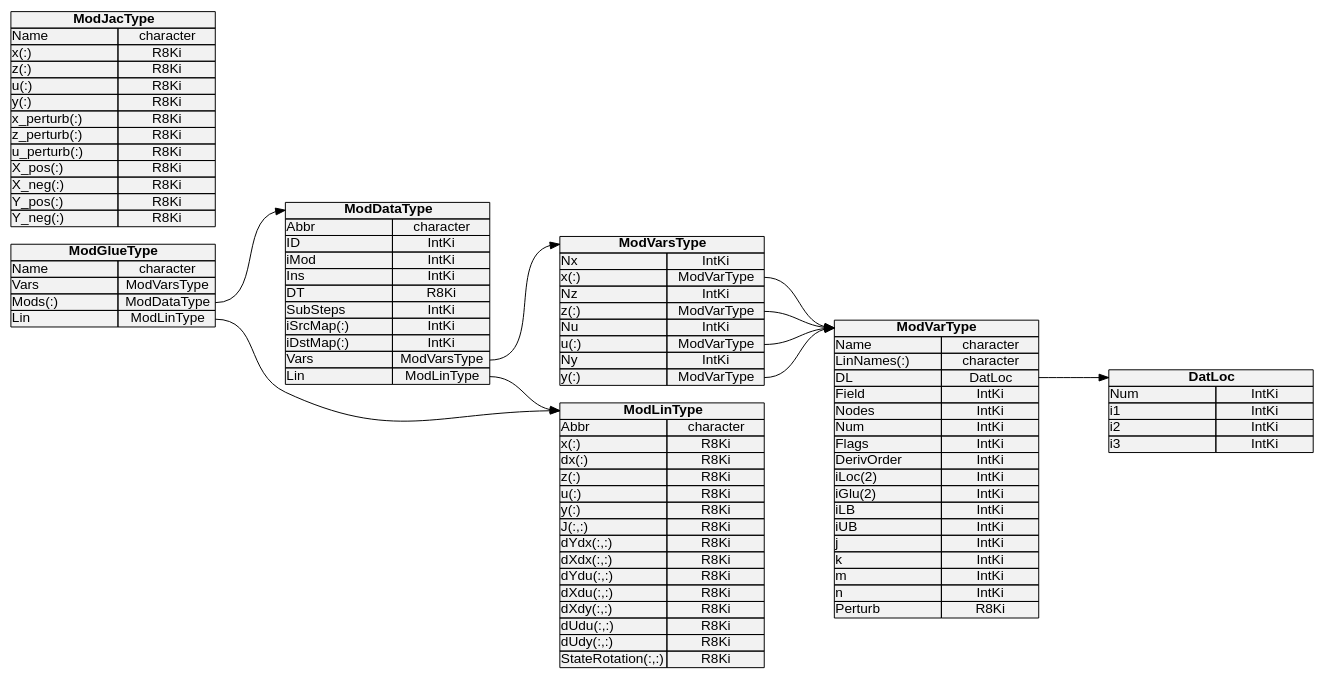
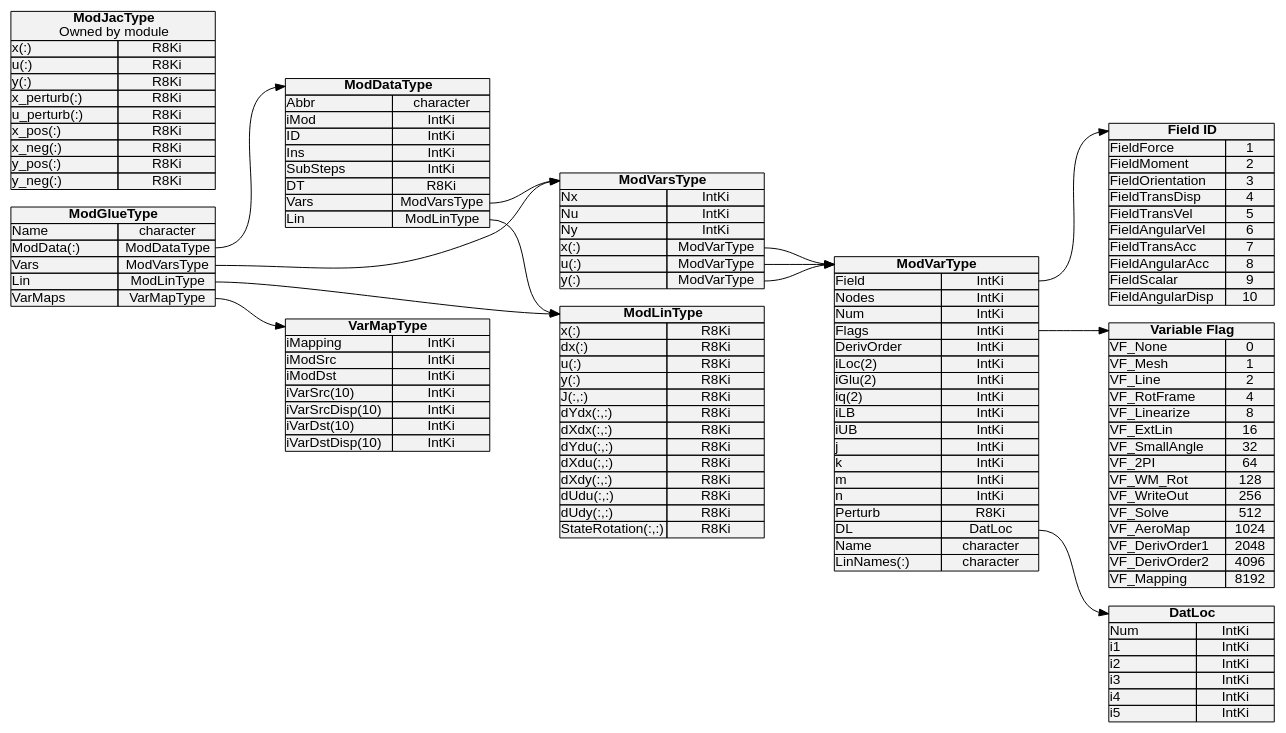
Before and after one commit to OpenFAST/openfast: the diagram in docs/source/user/glue/modvar.dot, drawn with Graphviz. The commit also changed 44 other files, not shown here.

Commit message:
Remove constraint states from ModVar system

```diff
--- a/docs/source/user/glue/modvar.dot
+++ b/docs/source/user/glue/modvar.dot
@@ -1,121 +1,166 @@
-digraph UML_Class_diagram {
-    graph [fontname = "Helvetica,Arial,sans-serif"; rankdir = LR; ranksep = 1]
-    node [fontname = "Helvetica,Arial,sans-serif"; shape = record; style = filled; fillcolor = gray95]
-    edge [fontname = "Helvetica,Arial,sans-serif"]
+digraph ModVarDiagram {
+    graph [fontname = "Helvetica,Arial,sans-serif"; rankdir = LR; ranksep = 1;];
+    node [fontname = "Helvetica,Arial,sans-serif"; shape = record; style = filled; fillcolor = gray95;];
+    edge [fontname = "Helvetica,Arial,sans-serif";];
+    
     
     
     
     DatLoc [shape = plain;label = <<table border="0" cellborder="1" cellspacing="0" cellpadding="0">
         <tr><td colspan="2" port="header"> <b>DatLoc</b> </td></tr>
-        <tr><td align="left" width="110">Num</td><td width="100">IntKi</td></tr>
+        <tr><td align="left" width="90">Num</td><td width="80">IntKi</td></tr>
         <tr><td align="left">i1</td><td>IntKi</td></tr>
         <tr><td align="left">i2</td><td>IntKi</td></tr>
         <tr><td align="left">i3</td><td>IntKi</td></tr>
-        </table>>]
+        <tr><td align="left">i4</td><td>IntKi</td></tr>
+        <tr><td align="left">i5</td><td>IntKi</td></tr>
+        </table>>;];
+    
+    Field [shape = plain;label = <<table border="0" cellborder="1" cellspacing="0" cellpadding="0">
+        <tr><td colspan="2" port="header"> <b>Field ID</b> </td></tr>
+        <tr><td align="left"  width="120">FieldForce</td><td width="50">1</td></tr>
+        <tr><td align="left">FieldMoment</td><td>2</td></tr>
+        <tr><td align="left">FieldOrientation</td><td>3</td></tr>
+        <tr><td align="left">FieldTransDisp</td><td>4</td></tr>
+        <tr><td align="left">FieldTransVel</td><td>5</td></tr>
+        <tr><td align="left">FieldAngularVel</td><td>6</td></tr>
+        <tr><td align="left">FieldTransAcc</td><td>7</td></tr>
+        <tr><td align="left">FieldAngularAcc</td><td>8</td></tr>
+        <tr><td align="left">FieldScalar</td><td>9</td></tr>
+        <tr><td align="left">FieldAngularDisp</td><td>10</td></tr>
+        </table>>;];
+    
+    VF [shape = plain;label = <<table border="0" cellborder="1" cellspacing="0" cellpadding="0">
+        <tr><td colspan="2" port="header"> <b>Variable Flag</b> </td></tr>
+        <tr><td align="left"  width="120">VF_None</td><td width="50">0</td></tr>
+        <tr><td align="left">VF_Mesh</td><td>1</td></tr>
+        <tr><td align="left">VF_Line</td><td>2</td></tr>
+        <tr><td align="left">VF_RotFrame</td><td>4</td></tr>
+        <tr><td align="left">VF_Linearize</td><td>8</td></tr>
+        <tr><td align="left">VF_ExtLin</td><td>16</td></tr>
+        <tr><td align="left">VF_SmallAngle</td><td>32</td></tr>
+        <tr><td align="left">VF_2PI</td><td>64</td></tr>
+        <tr><td align="left">VF_WM_Rot</td><td>128</td></tr>
+        <tr><td align="left">VF_WriteOut</td><td>256</td></tr>
+        <tr><td align="left">VF_Solve</td><td>512</td></tr>
+        <tr><td align="left">VF_AeroMap</td><td>1024</td></tr>
+        <tr><td align="left">VF_DerivOrder1</td><td>2048</td></tr>
+        <tr><td align="left">VF_DerivOrder2</td><td>4096</td></tr>
+        <tr><td align="left">VF_Mapping</td><td>8192</td></tr>
+        </table>>;];
     
     ModVarType [shape = plain;label = <<table border="0" cellborder="1" cellspacing="0" cellpadding="0">
         <tr><td colspan="2" port="header"> <b>ModVarType</b> </td></tr>
-        <tr><td align="left" width="110">Name</td><td width="100">character</td></tr>
-        <tr><td align="left">LinNames(:)</td><td>character</td></tr>
-        <tr><td align="left">DL</td><td port="DatLoc">DatLoc</td></tr>
-        <tr><td align="left">Field</td><td>IntKi</td></tr>
+        <tr><td align="left" width="110">Field</td><td port="Field" width="100">IntKi</td></tr>
         <tr><td align="left">Nodes</td><td>IntKi</td></tr>
         <tr><td align="left">Num</td><td>IntKi</td></tr>
-        <tr><td align="left">Flags</td><td>IntKi</td></tr>
+        <tr><td align="left">Flags</td><td port="Flags">IntKi</td></tr>
         <tr><td align="left">DerivOrder</td><td>IntKi</td></tr>
         <tr><td align="left">iLoc(2)</td><td>IntKi</td></tr>
         <tr><td align="left">iGlu(2)</td><td>IntKi</td></tr>
+        <tr><td align="left">iq(2)</td><td>IntKi</td></tr>
         <tr><td align="left">iLB</td><td>IntKi</td></tr>
         <tr><td align="left">iUB</td><td>IntKi</td></tr>
         <tr><td align="left">j</td><td>IntKi</td></tr>
         <tr><td align="left">k</td><td>IntKi</td></tr>
         <tr><td align="left">m</td><td>IntKi</td></tr>
         <tr><td align="left">n</td><td>IntKi</td></tr>
         <tr><td align="left">Perturb</td><td>R8Ki</td></tr>
-        </table>>]
+        <tr><td align="left">DL</td><td port="DatLoc">DatLoc</td></tr>
+        <tr><td align="left">Name</td><td>character</td></tr>
+        <tr><td align="left">LinNames(:)</td><td>character</td></tr>
+        </table>>;];
     
     ModVarsType [shape = plain;label = <<table border="0" cellborder="1" cellspacing="0" cellpadding="0">
         <tr><td colspan="2" port="header"> <b>ModVarsType</b> </td></tr>
         <tr><td align="left" width="110">Nx</td><td width="100">IntKi</td></tr>
+        <tr><td align="left">Nu</td><td>IntKi</td></tr>
+        <tr><td align="left">Ny</td><td>IntKi</td></tr>
         <tr><td align="left">x(:)</td><td port="x">ModVarType</td></tr>
-        <tr><td align="left">Nz</td><td>IntKi</td></tr>
-        <tr><td align="left">z(:)</td><td port="z">ModVarType</td></tr>
-        <tr><td align="left">Nu</td><td>IntKi</td></tr>
         <tr><td align="left">u(:)</td><td port="u">ModVarType</td></tr>
-        <tr><td align="left">Ny</td><td>IntKi</td></tr>
         <tr><td align="left">y(:)</td><td port="y">ModVarType</td></tr>
-        </table>>]
-
+        </table>>;];
+    
+    
+    
     ModLinType [shape = plain;label = <<table border="0" cellborder="1" cellspacing="0" cellpadding="0">
         <tr><td colspan="2" port="header"> <b>ModLinType</b> </td></tr>
-        <tr><td align="left" width="110">Abbr</td><td width="100">character</td></tr>
-        <tr><td align="left">x(:)</td><td>R8Ki</td></tr>
+        <tr><td align="left" width="110">x(:)</td><td width="100">R8Ki</td></tr>
         <tr><td align="left">dx(:)</td><td>R8Ki</td></tr>
-        <tr><td align="left">z(:)</td><td>R8Ki</td></tr>
         <tr><td align="left">u(:)</td><td>R8Ki</td></tr>
         <tr><td align="left">y(:)</td><td>R8Ki</td></tr>
         <tr><td align="left">J(:,:)</td><td>R8Ki</td></tr>
         <tr><td align="left">dYdx(:,:)</td><td>R8Ki</td></tr>
         <tr><td align="left">dXdx(:,:)</td><td>R8Ki</td></tr>
         <tr><td align="left">dYdu(:,:)</td><td>R8Ki</td></tr>
         <tr><td align="left">dXdu(:,:)</td><td>R8Ki</td></tr>
         <tr><td align="left">dXdy(:,:)</td><td>R8Ki</td></tr>
         <tr><td align="left">dUdu(:,:)</td><td>R8Ki</td></tr>
         <tr><td align="left">dUdy(:,:)</td><td>R8Ki</td></tr>
         <tr><td align="left">StateRotation(:,:)</td><td>R8Ki</td></tr>
-        </table>>]
+        </table>>;];
     
     ModDataType [shape = plain;label = <<table border="0" cellborder="1" cellspacing="0" cellpadding="0">
         <tr><td colspan="2" port="header"> <b>ModDataType</b> </td></tr>
         <tr><td align="left" width="110">Abbr</td><td width="100">character</td></tr>
+        <tr><td align="left">iMod</td><td>IntKi</td></tr>
         <tr><td align="left">ID</td><td>IntKi</td></tr>
-        <tr><td align="left">iMod</td><td>IntKi</td></tr>
         <tr><td align="left">Ins</td><td>IntKi</td></tr>
+        <tr><td align="left">SubSteps</td><td>IntKi</td></tr>
         <tr><td align="left">DT</td><td>R8Ki</td></tr>
-        <tr><td align="left">SubSteps</td><td>IntKi</td></tr>
-        <tr><td align="left">iSrcMap(:)</td><td>IntKi</td></tr>
-        <tr><td align="left">iDstMap(:)</td><td>IntKi</td></tr>
         <tr><td align="left">Vars</td><td port="Vars">ModVarsType</td></tr>
         <tr><td align="left">Lin</td><td port="Lin">ModLinType</td></tr>
-        </table>>]
+        </table>>;];
+    
+    ModJacType [shape = plain;label = <<table border="0" cellborder="1" cellspacing="0" cellpadding="0">
+        <tr><td colspan="2" port="header"> <b>ModJacType</b> <br/>Owned by module</td></tr>
+        <tr><td align="left" width="110">x(:)</td><td width="100">R8Ki</td></tr>
+        <tr><td align="left">u(:)</td><td>R8Ki</td></tr>
+        <tr><td align="left">y(:)</td><td>R8Ki</td></tr>
+        <tr><td align="left">x_perturb(:)</td><td>R8Ki</td></tr>
+        <tr><td align="left">u_perturb(:)</td><td>R8Ki</td></tr>
+        <tr><td align="left">x_pos(:)</td><td>R8Ki</td></tr>
+        <tr><td align="left">x_neg(:)</td><td>R8Ki</td></tr>
+        <tr><td align="left">y_pos(:)</td><td>R8Ki</td></tr>
+        <tr><td align="left">y_neg(:)</td><td>R8Ki</td></tr>
+        </table>>;];
+    
+    
+    
+    VarMapType [shape = plain;label = <<table border="0" cellborder="1" cellspacing="0" cellpadding="0">
+        <tr><td colspan="2" port="header"> <b>VarMapType</b> </td></tr>
+        <tr><td align="left" width="110">iMapping</td><td width="100">IntKi</td></tr>
+        <tr><td align="left">iModSrc</td><td>IntKi</td></tr>
+        <tr><td align="left">iModDst</td><td>IntKi</td></tr>
+        <tr><td align="left">iVarSrc(10)</td><td>IntKi</td></tr>
+        <tr><td align="left">iVarSrcDisp(10)</td><td>IntKi</td></tr>
+        <tr><td align="left">iVarDst(10)</td><td>IntKi</td></tr>
+        <tr><td align="left">iVarDstDisp(10)</td><td>IntKi</td></tr>
+        </table>>;];
     
     ModGlueType [shape = plain;label = <<table border="0" cellborder="1" cellspacing="0" cellpadding="0">
         <tr><td colspan="2" port="header"> <b>ModGlueType</b> </td></tr>
         <tr><td align="left" width="110">Name</td><td width="100">character</td></tr>
+        <tr><td align="left">ModData(:)</td><td port="ModData">ModDataType</td></tr>
         <tr><td align="left">Vars</td><td port="Vars">ModVarsType</td></tr>
-        <tr><td align="left">Mods(:)</td><td port="Mods">ModDataType</td></tr>
         <tr><td align="left">Lin</td><td port="Lin">ModLinType</td></tr>
-        </table>>]
+        <tr><td align="left">VarMaps</td><td port="VarMaps">VarMapType</td></tr>
+        </table>>;];
     
+    
+    ModVarType:Field:e -> Field:header:w;
+    ModVarType:Flags:e -> VF:header:w;
     ModVarType:DatLoc:e -> DatLoc:header:w;
     ModVarsType:x:e -> ModVarType:header:w;
-    ModVarsType:z:e -> ModVarType:header:w;
     ModVarsType:u:e -> ModVarType:header:w;
     ModVarsType:y:e -> ModVarType:header:w;
     
     ModDataType:Vars:e -> ModVarsType:header:w;
-
+    
     ModDataType:Lin:e -> ModLinType:header:w;
-
-    ModGlueType:Mods:e -> ModDataType:header:w;
+    
+    ModGlueType:ModData:e -> ModDataType:header:w;
+    ModGlueType:Vars:e -> ModVarsType:header:w;
     ModGlueType:Lin:e -> ModLinType:header:w;
-
-
-
-    ModJacType [shape = plain;label = <<table border="0" cellborder="1" cellspacing="0" cellpadding="0">
-        <tr><td colspan="2" port="header"> <b>ModJacType</b> </td></tr>
-        <tr><td align="left" width="110">Name</td><td width="100">character</td></tr>
-        <tr><td align="left">x(:)</td><td>R8Ki</td></tr>
-        <tr><td align="left">z(:)</td><td>R8Ki</td></tr>
-        <tr><td align="left">u(:)</td><td>R8Ki</td></tr>
-        <tr><td align="left">y(:)</td><td>R8Ki</td></tr>
-        <tr><td align="left">x_perturb(:)</td><td>R8Ki</td></tr>
-        <tr><td align="left">z_perturb(:)</td><td>R8Ki</td></tr>
-        <tr><td align="left">u_perturb(:)</td><td>R8Ki</td></tr>
-        <tr><td align="left">X_pos(:)</td><td>R8Ki</td></tr>
-        <tr><td align="left">X_neg(:)</td><td>R8Ki</td></tr>
-        <tr><td align="left">Y_pos(:)</td><td>R8Ki</td></tr>
-        <tr><td align="left">Y_neg(:)</td><td>R8Ki</td></tr>
-        </table>>]
-
+    ModGlueType:VarMaps:e -> VarMapType:header:w;
 }
```
